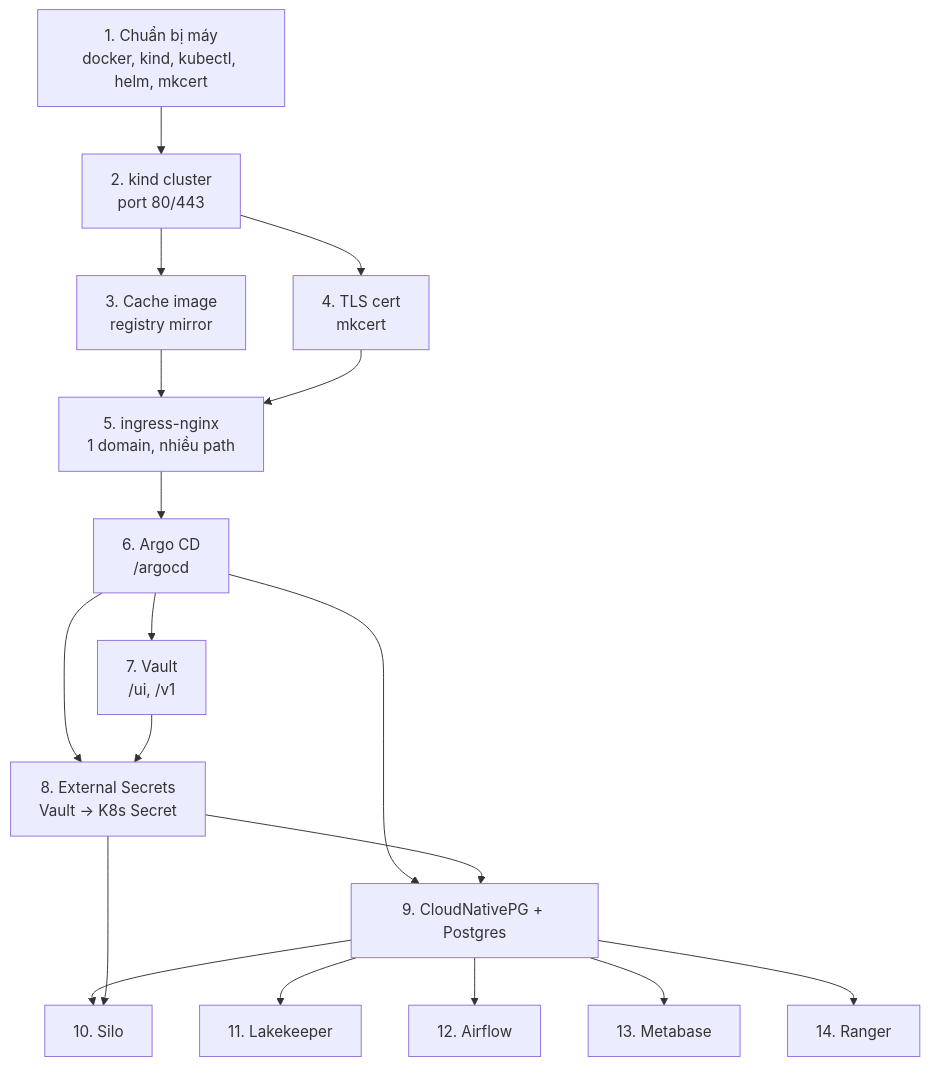
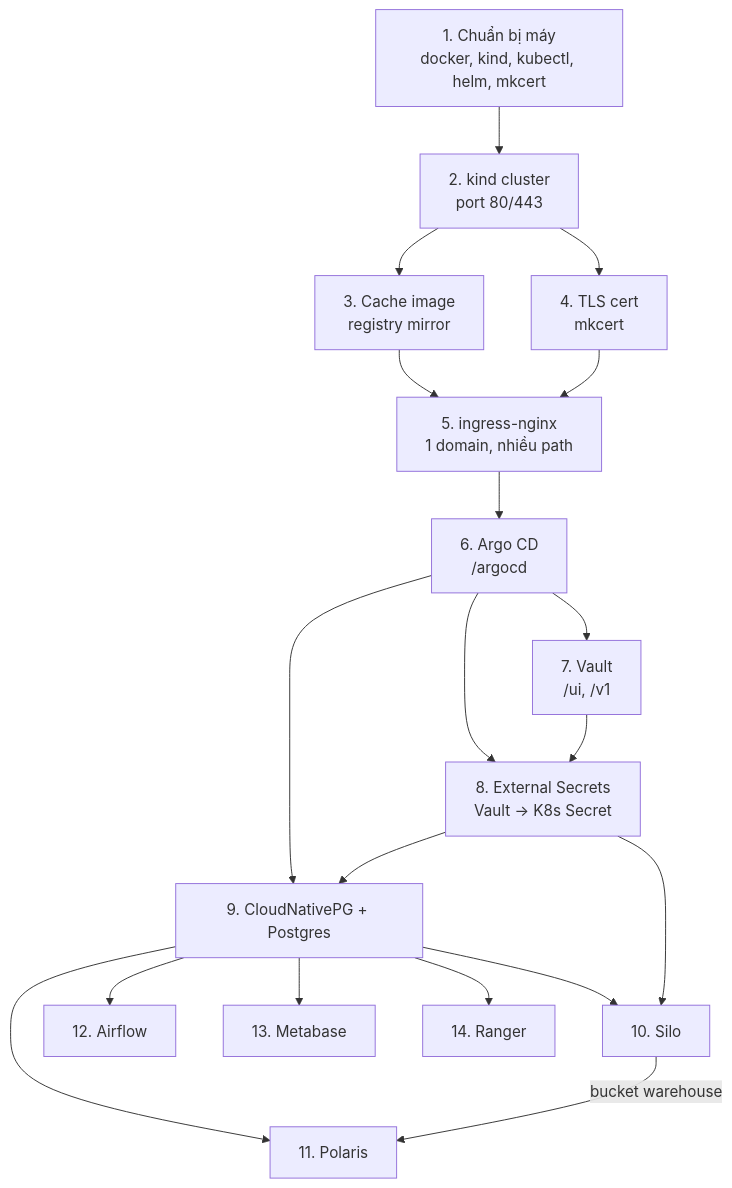
The diagram in docs/00-overview.md (viethqb/data-platform-k8s-demo), drawn with Mermaid before and after one commit. The commit also changed other lines of this file and 269 other files, not shown here.

First line of the commit message:
feat!: replace Lakekeeper with Apache Polaris

````diff
--- a/docs/00-overview.md
+++ b/docs/00-overview.md
@@ -23,20 +23,21 @@
 ```mermaid
 flowchart TB
   A["1. Chuẩn bị máy<br/>docker, kind, kubectl, helm, mkcert"] --> B["2. kind cluster<br/>port 80/443"]
   B --> C["3. Cache image<br/>registry mirror"]
   B --> D["4. TLS cert<br/>mkcert"]
   C --> E
   D --> E["5. ingress-nginx<br/>1 domain, nhiều path"]
   E --> F["6. Argo CD<br/>/argocd"]
   F --> G["7. Vault<br/>/ui, /v1"]
   F --> H["8. External Secrets<br/>Vault -> K8s Secret"]
   G --> H
   F --> I["9. CloudNativePG + Postgres"]
   H --> I
   I --> J["10. Silo"]
-  I --> K["11. Lakekeeper"]
+  I --> K["11. Polaris"]
   I --> L["12. Airflow"]
   I --> M["13. Metabase"]
   I --> N["14. Ranger"]
   H --> J
+  J -->|"bucket warehouse"| K
 ```
````
